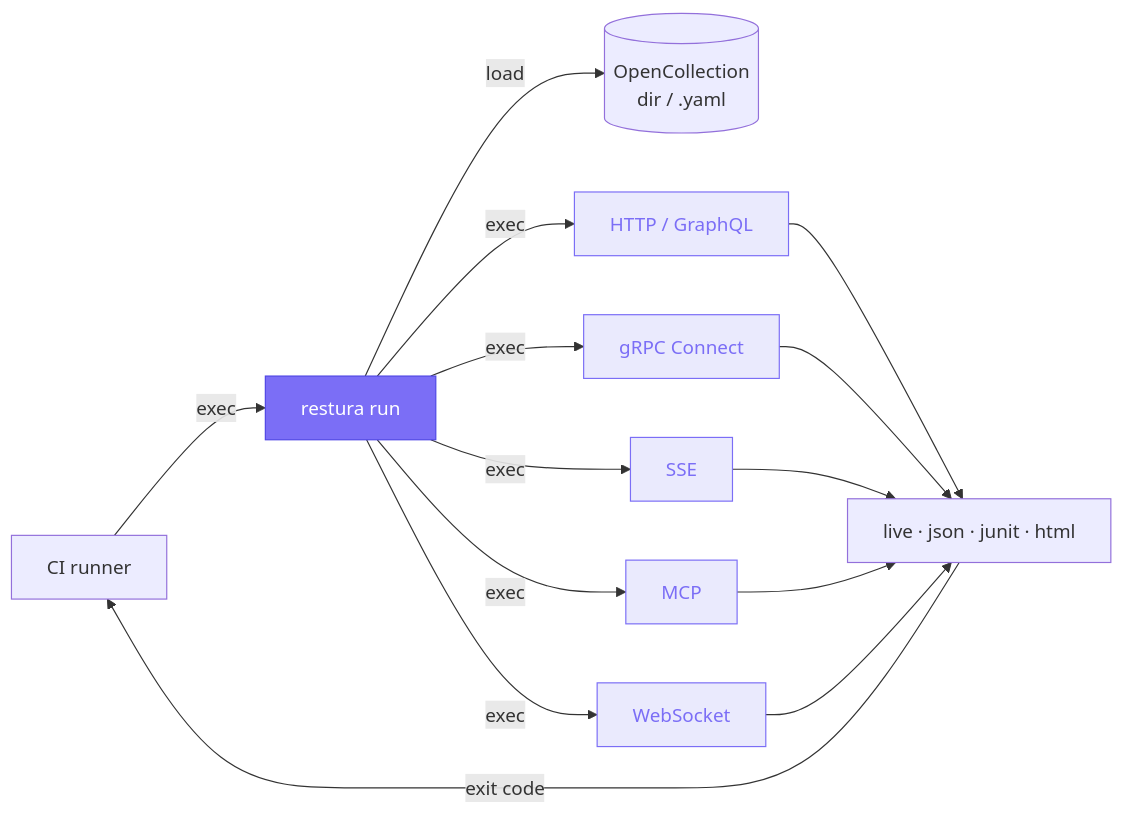
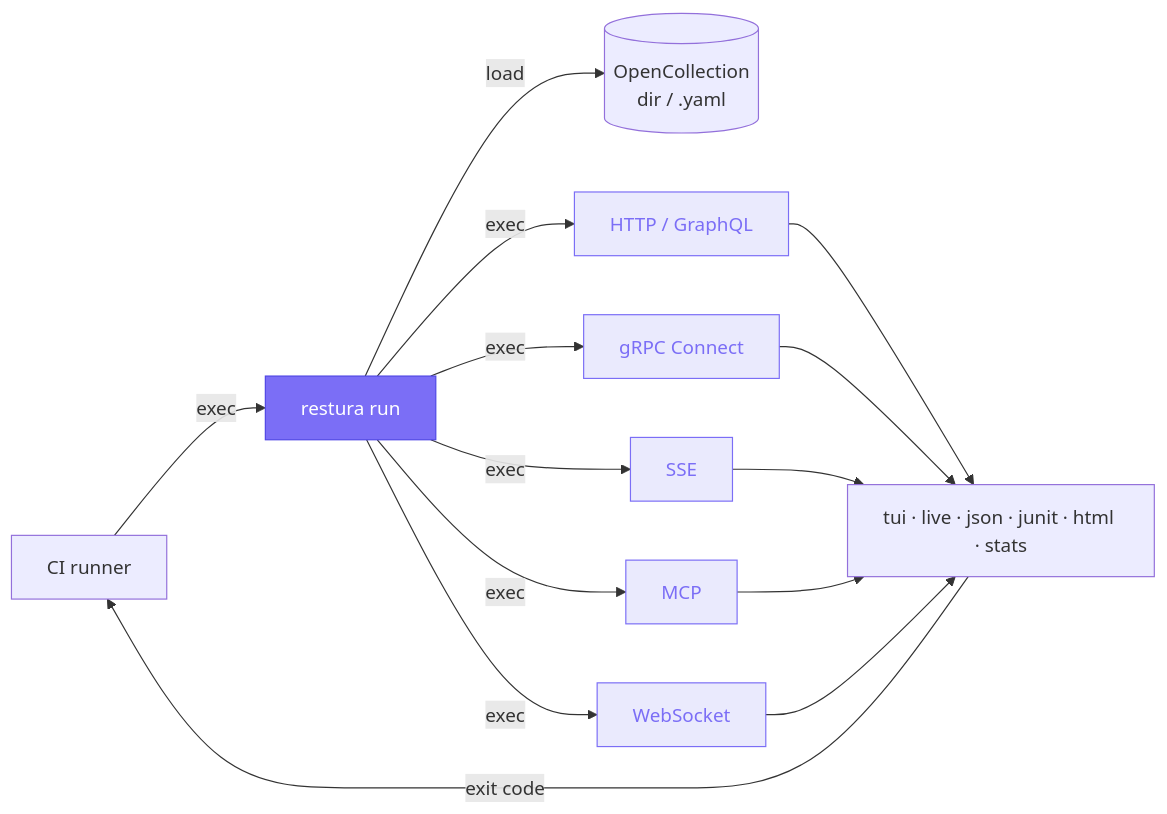
One commit to dipjyotimetia/restura changed the diagram in docs-site/src/content/docs/reference/cli.mdx. Above: the diagram before and after it, drawn with Mermaid. The commit also changed other lines of this file and 19 other files, not shown here.

````diff
--- a/docs-site/src/content/docs/reference/cli.mdx
+++ b/docs-site/src/content/docs/reference/cli.mdx
@@ -12,21 +14,21 @@
 ```mermaid
 flowchart LR
   CI[CI runner] -->|exec| CLI[restura run]
   CLI -->|load| COL[(OpenCollection<br/>dir / .yaml)]
   CLI -->|exec| H[HTTP / GraphQL]
   CLI -->|exec| G[gRPC Connect]
   CLI -->|exec| S[SSE]
   CLI -->|exec| M[MCP]
   CLI -->|exec| W[WebSocket]
-  H --> R1[live · json · junit · html]
+  H --> R1[tui · live · json · junit · html · stats]
   G --> R1
   S --> R1
   M --> R1
   W --> R1
   R1 -->|exit code| CI
 
   classDef cli fill:#7b6ef6,stroke:#4f46e5,color:#fff;
   classDef proto fill:#6366f122,stroke:#7b6ef6,color:#7b6ef6;
   class CLI cli;
   class H,G,S,M,W proto;
 ```
````
